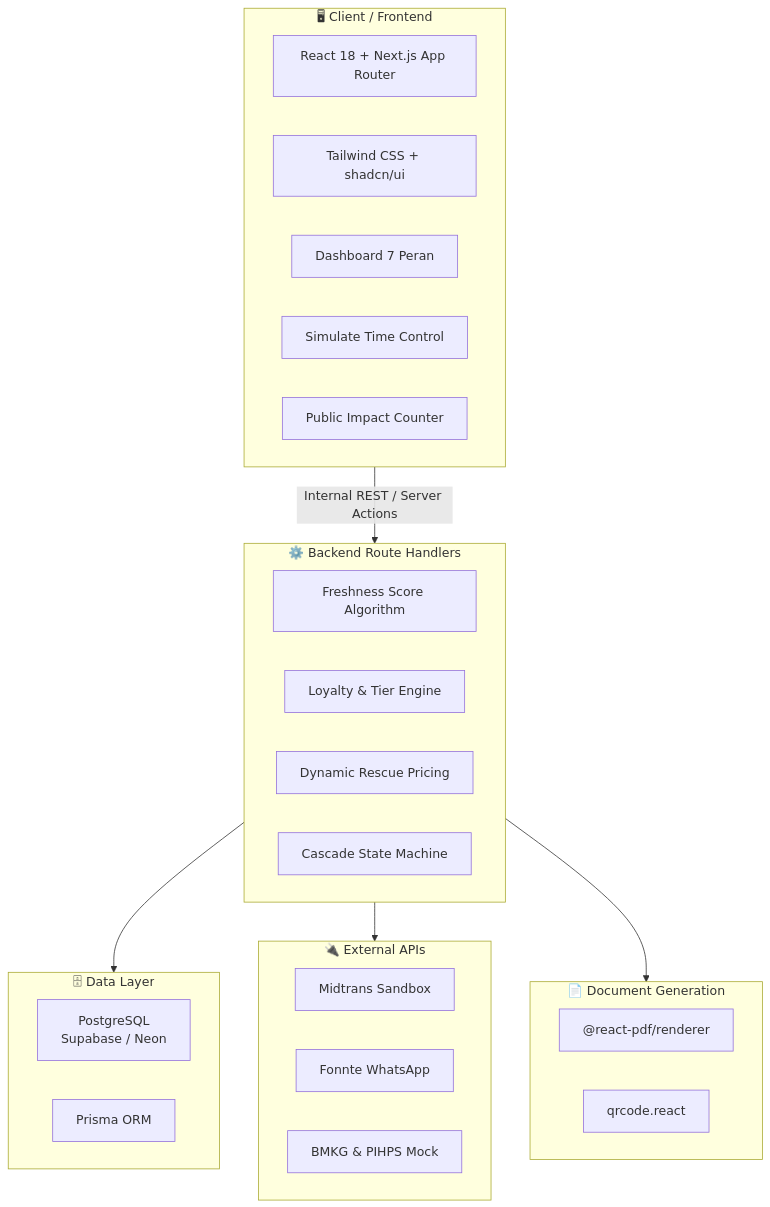
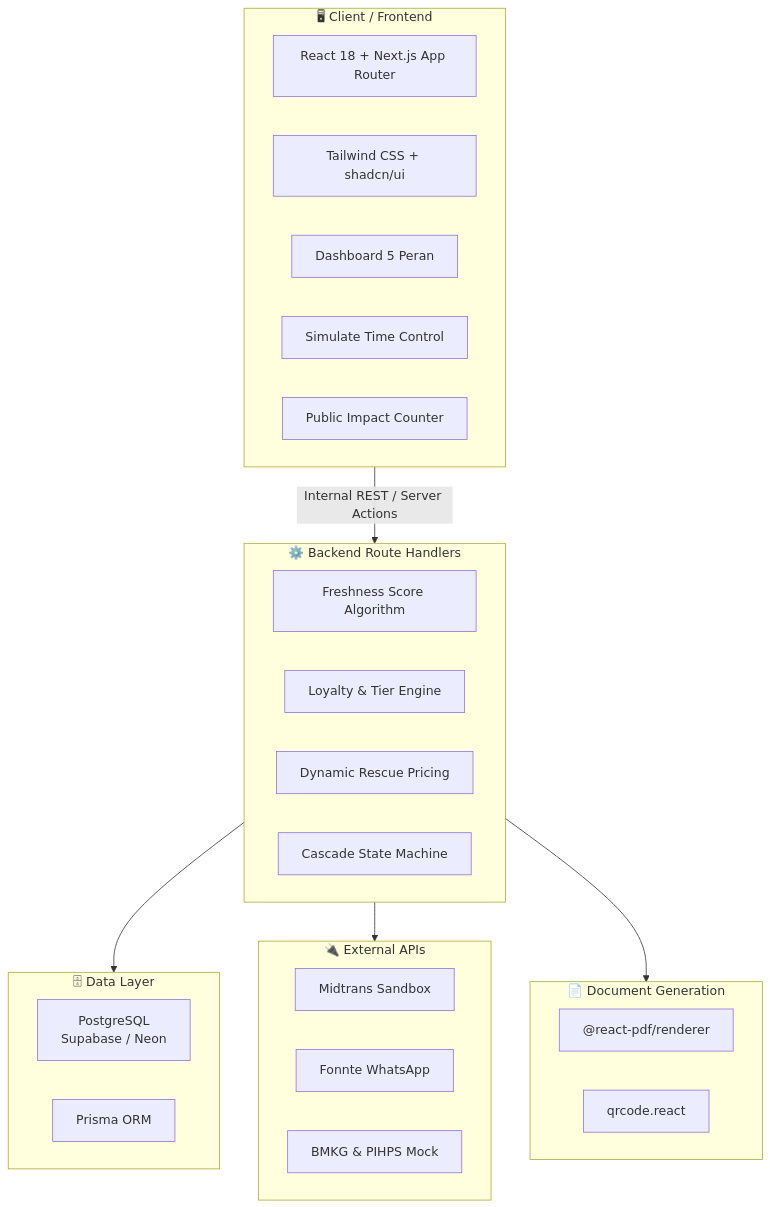
Before and after one commit to rendrabagasdev/manifesto-vesta: the diagram in vault/03-Tech-Stack/🏗 Arsitektur & Tech Stack.md, drawn with Mermaid. The commit also changed other lines of this file and 14 other files, not shown here.

````diff
--- a/vault/03-Tech-Stack/🏗 Arsitektur & Tech Stack.md
+++ b/vault/03-Tech-Stack/🏗 Arsitektur & Tech Stack.md
@@ -18,38 +18,38 @@
 ```mermaid
 flowchart TD
     subgraph CLIENT["🖥 Client / Frontend"]
         R["React 18 + Next.js App Router"]
         T["Tailwind CSS + shadcn/ui"]
-        D7["Dashboard 7 Peran"]
+        D7["Dashboard 5 Peran"]
         ST["Simulate Time Control"]
         IC["Public Impact Counter"]
     end
 
     subgraph BACKEND["⚙️ Backend Route Handlers"]
         FS["Freshness Score Algorithm"]
         LT["Loyalty & Tier Engine"]
         RP["Dynamic Rescue Pricing"]
         CS["Cascade State Machine"]
     end
 
     subgraph DATA["🗄 Data Layer"]
         DB["PostgreSQL<br/>Supabase / Neon"]
         ORM["Prisma ORM"]
     end
 
     subgraph EXTERNAL["🔌 External APIs"]
         MT["Midtrans Sandbox"]
         WA["Fonnte WhatsApp"]
         BM["BMKG & PIHPS Mock"]
     end
 
     subgraph DOCS["📄 Document Generation"]
         PDF["@react-pdf/renderer"]
         QR["qrcode.react"]
     end
 
     CLIENT -->|"Internal REST / Server Actions"| BACKEND
     BACKEND --> DATA
     BACKEND --> EXTERNAL
     BACKEND --> DOCS
 ```
````
